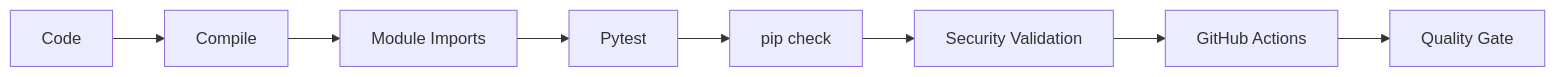
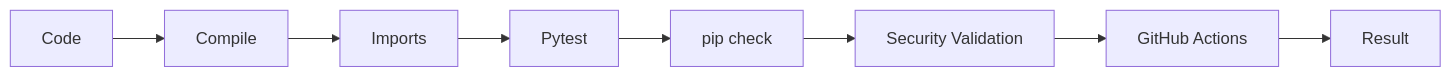
One commit to Rogerio5/INNA-AI-Engineering-Portfolio changed diagram 13 of 26 in README.md. Above: the diagram before and after it, drawn with Mermaid. The commit also changed other lines of this file, not shown here.

````diff
--- a/README.md
+++ b/README.md
@@ -524,19 +554,19 @@
 ```mermaid
 flowchart LR
 
     CODE[Code]
 
     CODE --> COMPILE[Compile]
 
-    COMPILE --> IMPORTS[Module Imports]
+    COMPILE --> IMPORTS[Imports]
 
     IMPORTS --> TESTS[Pytest]
 
     TESTS --> DEPS[pip check]
 
     DEPS --> SECURITY[Security Validation]
 
     SECURITY --> CI[GitHub Actions]
 
-    CI --> PASS[Quality Gate]
+    CI --> RESULT[Result]
 ```
````
